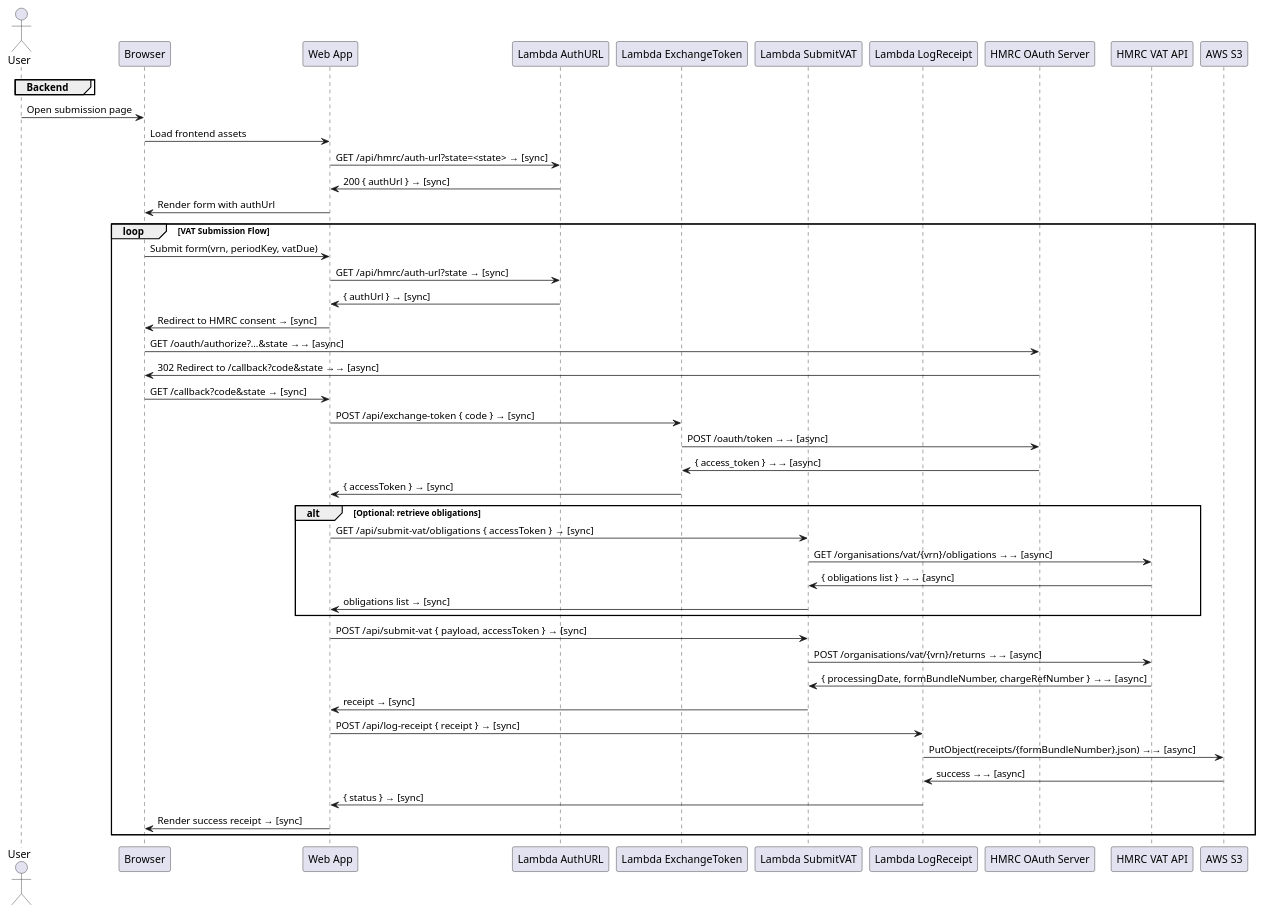
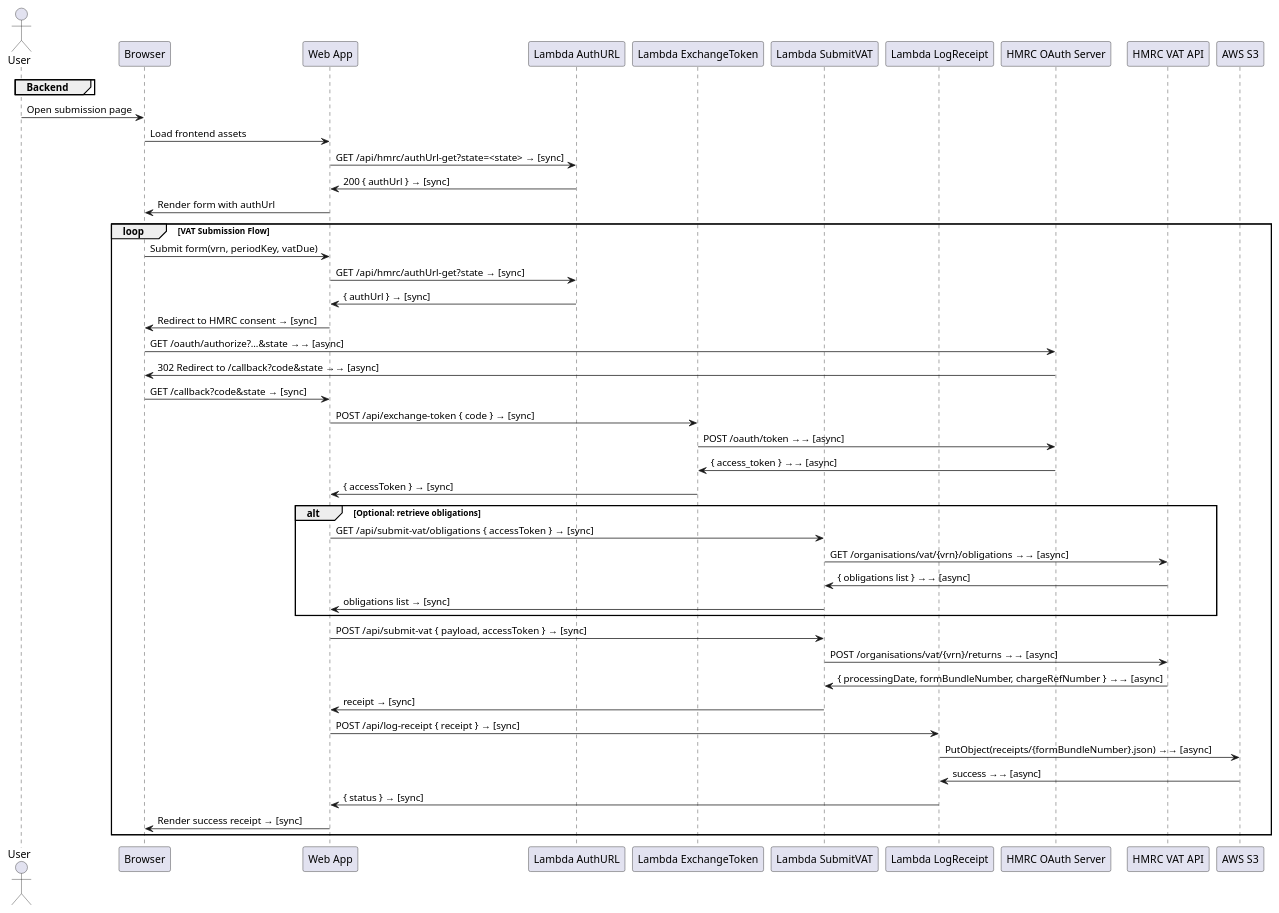
One commit to antonycc/submit.diyaccounting.co.uk changed the diagram in _developers/SEQUENCE.plantuml. Above: the diagram before and after it, drawn with PlantUML. The commit also changed 12 other files, not shown here.

Commit message:
chore: update HMRC auth URL endpoint to /api/hmrc/authUrl-get for consistency

```diff
--- a/_developers/SEQUENCE.plantuml
+++ b/_developers/SEQUENCE.plantuml
@@ -1,54 +1,54 @@
 @startuml
 actor User
 participant Browser
 participant "Web App" as App
 group Backend
   participant "Lambda AuthURL" as AuthUrl
   participant "Lambda ExchangeToken" as ExchangeToken
   participant "Lambda SubmitVAT" as SubmitVat
   participant "Lambda LogReceipt" as LogReceipt
 end
 participant "HMRC OAuth Server" as HMRCAuth
 participant "HMRC VAT API" as HMRCApi
 participant "AWS S3" as S3
 
 User -> Browser: Open submission page
 Browser -> App: Load frontend assets
-App -> AuthUrl: GET /api/hmrc/auth-url?state=<state> → [sync]
+App -> AuthUrl: GET /api/hmrc/authUrl-get?state=<state> → [sync]
 AuthUrl -> App: 200 { authUrl } → [sync]
 App -> Browser: Render form with authUrl
 
 loop VAT Submission Flow
   Browser -> App: Submit form(vrn, periodKey, vatDue)
-  App -> AuthUrl: GET /api/hmrc/auth-url?state → [sync]
+  App -> AuthUrl: GET /api/hmrc/authUrl-get?state → [sync]
   AuthUrl -> App: { authUrl } → [sync]
   App -> Browser: Redirect to HMRC consent → [sync]
   Browser -> HMRCAuth: GET /oauth/authorize?...&state →→ [async]
   HMRCAuth -> Browser: 302 Redirect to /callback?code&state →→ [async]
   Browser -> App: GET /callback?code&state → [sync]
 
   App -> ExchangeToken: POST /api/exchange-token { code } → [sync]
   ExchangeToken -> HMRCAuth: POST /oauth/token →→ [async]
   HMRCAuth -> ExchangeToken: { access_token } →→ [async]
   ExchangeToken -> App: { accessToken } → [sync]
 
   alt Optional: retrieve obligations
     App -> SubmitVat: GET /api/submit-vat/obligations { accessToken } → [sync]
     SubmitVat -> HMRCApi: GET /organisations/vat/{vrn}/obligations →→ [async]
     HMRCApi -> SubmitVat: { obligations list } →→ [async]
     SubmitVat -> App: obligations list → [sync]
   end
 
   App -> SubmitVat: POST /api/submit-vat { payload, accessToken } → [sync]
   SubmitVat -> HMRCApi: POST /organisations/vat/{vrn}/returns →→ [async]
   HMRCApi -> SubmitVat: { processingDate, formBundleNumber, chargeRefNumber } →→ [async]
   SubmitVat -> App: receipt → [sync]
 
   App -> LogReceipt: POST /api/log-receipt { receipt } → [sync]
   LogReceipt -> S3: PutObject(receipts/{formBundleNumber}.json) →→ [async]
   S3 -> LogReceipt: success →→ [async]
   LogReceipt -> App: { status } → [sync]
 
   App -> Browser: Render success receipt → [sync]
 end
 @enduml
```
